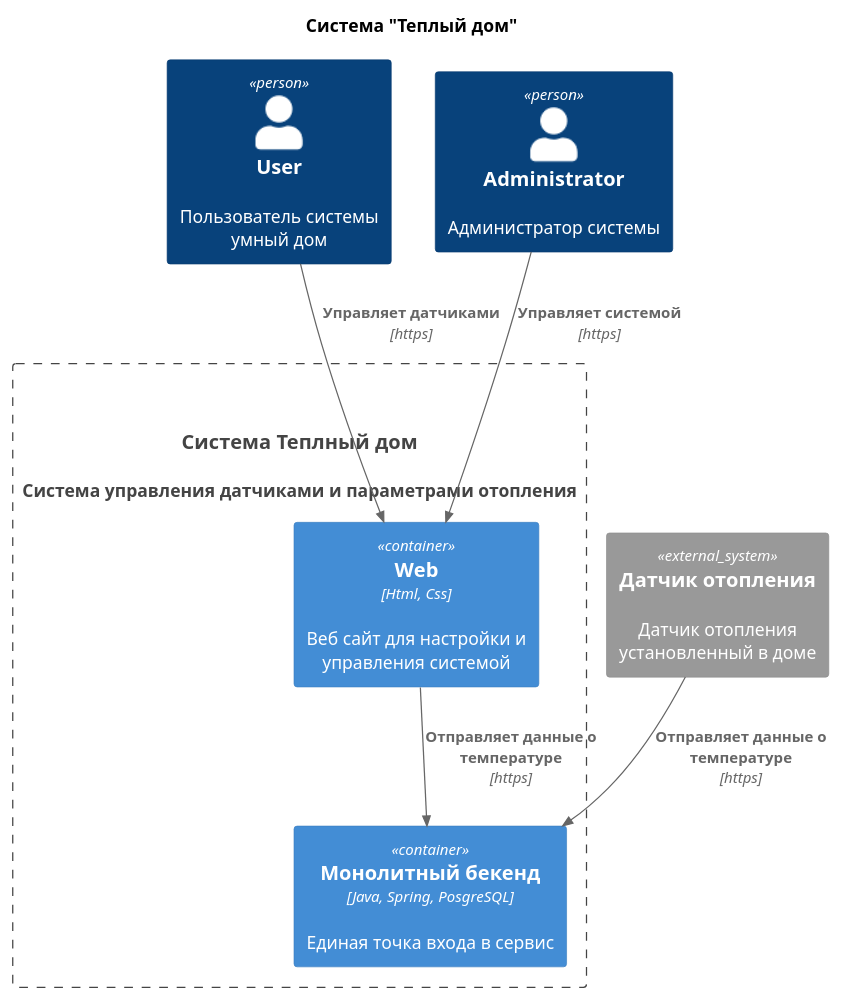
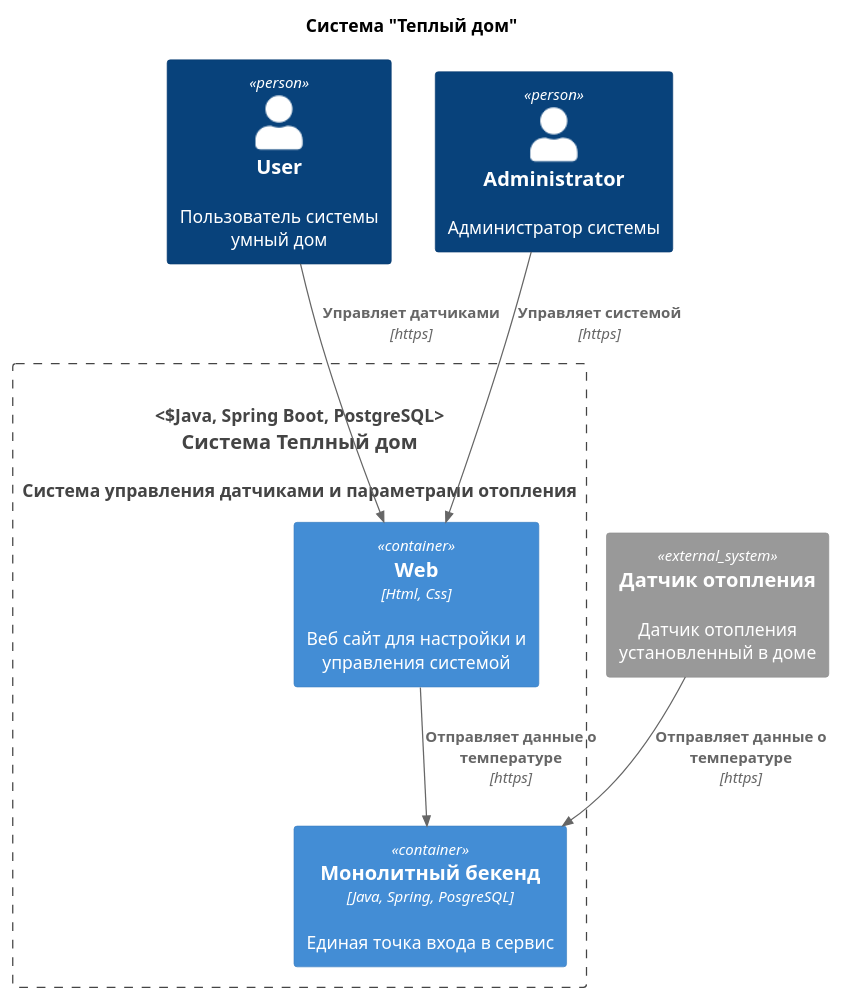
One commit to AlexVolkow/architecture-sprint-3 changed the diagram in part1/Context.puml. Above: the diagram before and after it, drawn with PlantUML.

Commit message:
Мелкофикс

```diff
--- a/part1/Context.puml
+++ b/part1/Context.puml
@@ -1,26 +1,26 @@
 @startuml
 title Система "Теплый дом"
 
 top to bottom direction
 
 !includeurl https://raw.githubusercontent.com/RicardoNiepel/C4-PlantUML/master/C4_Component.puml
 
 Person(user, "User", "Пользователь системы умный дом")
 Person(admin, "Administrator", "Администратор системы")
 
-System(WarmHouseSystem, "Система Теплный дом", "Система управления датчиками и параметрами отопления", "Java")
+System(WarmHouseSystem, "Система Теплный дом", "Система управления датчиками и параметрами отопления", "Java, Spring Boot, PostgreSQL")
 
 Container_Boundary(WarmHouseSystem, "Панель управления", "Java, Spring Boot, PostgreSQL") {
     Container(WebApp, "Web ", "Html, Css", "Веб сайт для настройки и управления системой")
     Container(Backend, "Монолитный бекенд", "Java, Spring, PosgreSQL", "Единая точка входа в сервис")
 }
 
 System_Ext(sensor, "Датчик отопления", "Датчик отопления установленный в доме")
 
 Rel(user, WebApp, "Управляет датчиками", https)
 Rel(admin,WebApp, "Управляет системой", https)
 
 Rel(sensor,Backend,"Отправляет данные о температуре", https)
 Rel(WebApp,Backend,"Отправляет данные о температуре", https)
 
 @enduml
```
